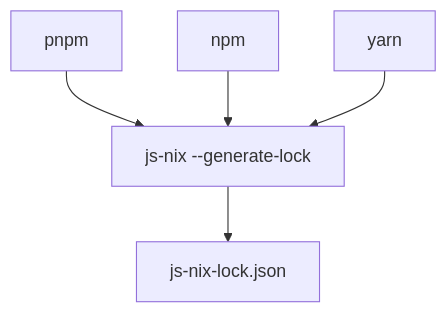
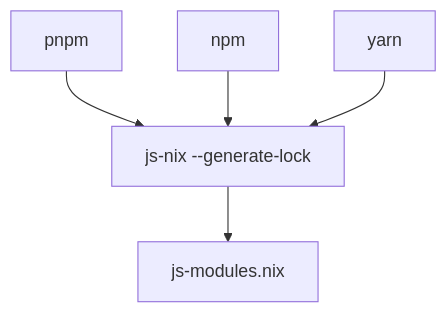
Before and after one commit to pfgray/js-nix: the diagram in js-nix/Readme.md, drawn with Mermaid. The commit also changed 9 other files, not shown here.

Commit message:
moving to js-modules.nix

````diff
--- a/js-nix/Readme.md
+++ b/js-nix/Readme.md
@@ -1,7 +1,7 @@
 ```mermaid
 graph TD
 A[pnpm] --> D[js-nix --generate-lock]
 B[npm] --> D
 C[yarn] --> D
-D --> E[js-nix-lock.json]
+D --> E[js-modules.nix]
 ```
````
